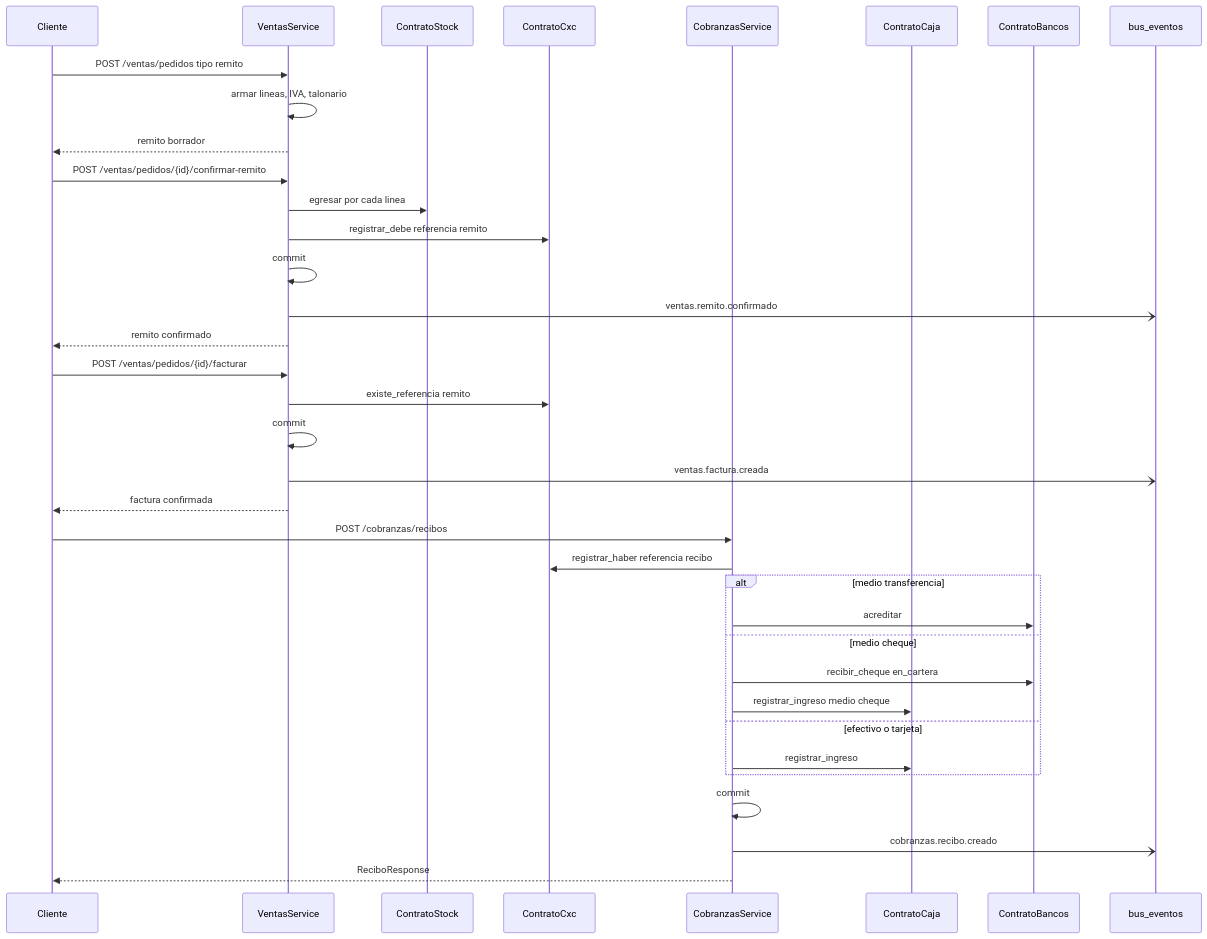
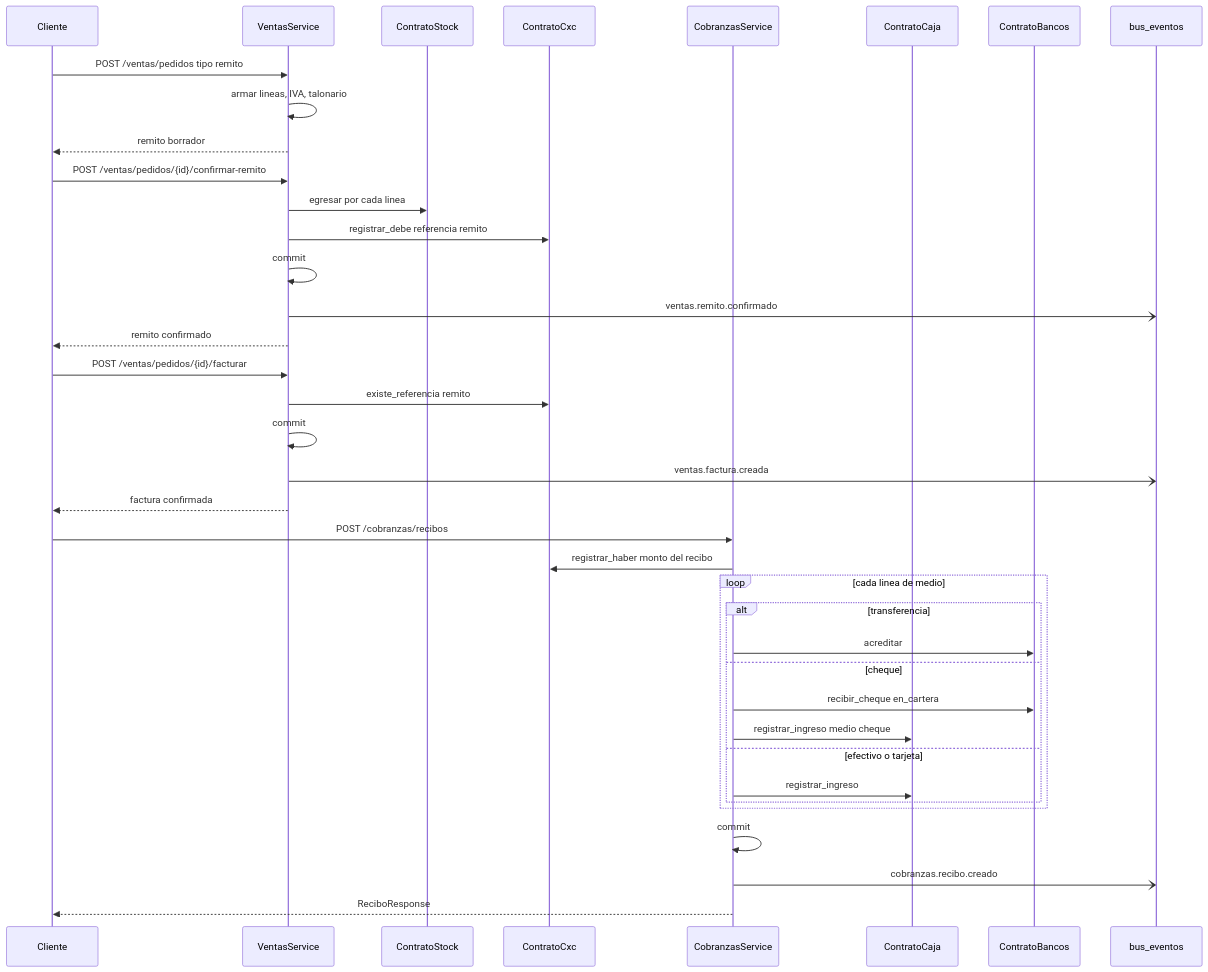
The diagram in docs/diagramas/cadena-venta-cobro.md (estsan3/ventas360-api), drawn with Mermaid before and after one commit. The commit also changed other lines of this file and 8 other files, not shown here.

First line of the commit message:
docs: actualizar diagramas de secuencia (ia, compras, cobranzas)

````diff
--- a/docs/diagramas/cadena-venta-cobro.md
+++ b/docs/diagramas/cadena-venta-cobro.md
@@ -8,42 +8,44 @@
 ```mermaid
 sequenceDiagram
     participant Cliente
     participant Ventas as VentasService
     participant Stock as ContratoStock
     participant Cxc as ContratoCxc
     participant Cobranzas as CobranzasService
     participant Caja as ContratoCaja
     participant Bancos as ContratoBancos
     participant Bus as bus_eventos
 
     Cliente->>Ventas: POST /ventas/pedidos tipo remito
     Ventas->>Ventas: armar lineas, IVA, talonario
     Ventas-->>Cliente: remito borrador
 
     Cliente->>Ventas: POST /ventas/pedidos/{id}/confirmar-remito
     Ventas->>Stock: egresar por cada linea
     Ventas->>Cxc: registrar_debe referencia remito
     Ventas->>Ventas: commit
     Ventas-)Bus: ventas.remito.confirmado
     Ventas-->>Cliente: remito confirmado
 
     Cliente->>Ventas: POST /ventas/pedidos/{id}/facturar
     Ventas->>Cxc: existe_referencia remito
     Ventas->>Ventas: commit
     Ventas-)Bus: ventas.factura.creada
     Ventas-->>Cliente: factura confirmada
 
     Cliente->>Cobranzas: POST /cobranzas/recibos
-    Cobranzas->>Cxc: registrar_haber referencia recibo
-    alt medio transferencia
-        Cobranzas->>Bancos: acreditar
-    else medio cheque
-        Cobranzas->>Bancos: recibir_cheque en_cartera
-        Cobranzas->>Caja: registrar_ingreso medio cheque
-    else efectivo o tarjeta
-        Cobranzas->>Caja: registrar_ingreso
+    Cobranzas->>Cxc: registrar_haber monto del recibo
+    loop cada linea de medio
+        alt transferencia
+            Cobranzas->>Bancos: acreditar
+        else cheque
+            Cobranzas->>Bancos: recibir_cheque en_cartera
+            Cobranzas->>Caja: registrar_ingreso medio cheque
+        else efectivo o tarjeta
+            Cobranzas->>Caja: registrar_ingreso
+        end
     end
     Cobranzas->>Cobranzas: commit
     Cobranzas-)Bus: cobranzas.recibo.creado
     Cobranzas-->>Cliente: ReciboResponse
 ```
````
